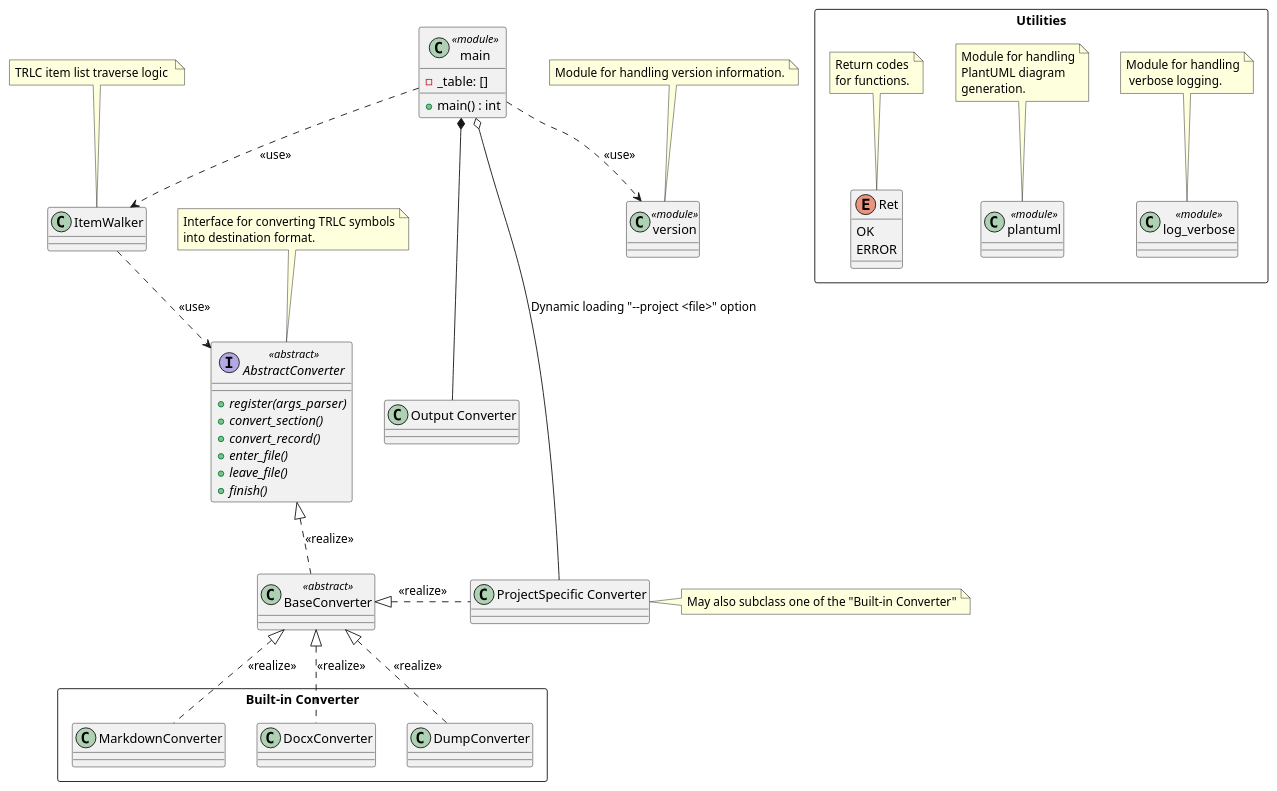
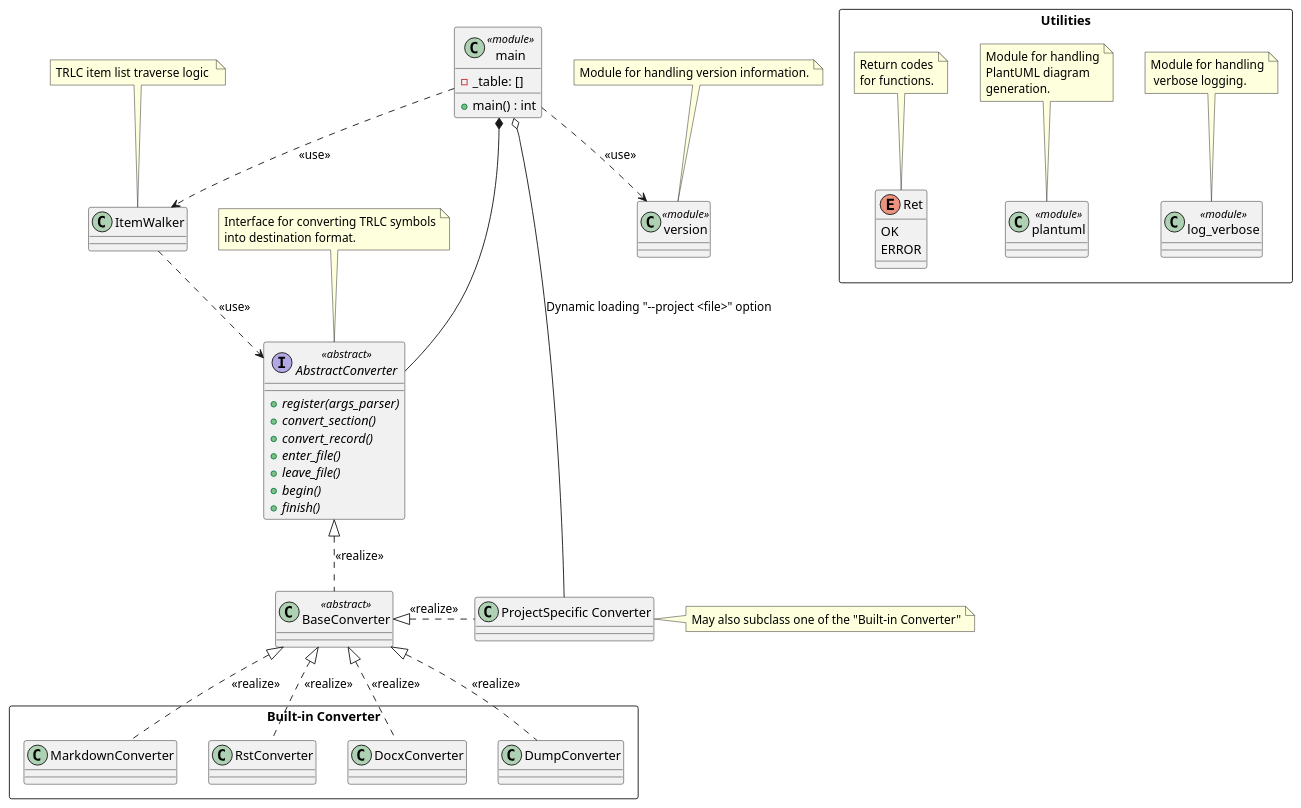
One commit to nhjschulz/pyTRLCConverter changed the diagram in doc/architecture/class_diagram.puml. Above: the diagram before and after it, drawn with PlantUML. The commit also changed 3 other files, not shown here.

```diff
--- a/doc/architecture/class_diagram.puml
+++ b/doc/architecture/class_diagram.puml
@@ -1,102 +1,107 @@
 @startuml class_diagram
 
 interface AbstractConverter <<abstract>>{
     + {abstract} register(args_parser)
     + {abstract} convert_section()
     + {abstract} convert_record()
     + {abstract} enter_file()
     + {abstract} leave_file()
+    + {abstract} begin()
     + {abstract} finish()
 
 }
 
 note top of AbstractConverter
     Interface for converting TRLC symbols
     into destination format.
 end note
 
 class BaseConverter <<abstract>> {
 }
 
 rectangle "Built-in Converter" {
 
     class MarkdownConverter {
     }
 
+    class RstConverter {
+
+    }
     class DocxConverter {
     }
     class DumpConverter {
     }
 }
 
 AbstractConverter <|.. BaseConverter: <<realize>>
 BaseConverter <|.. MarkdownConverter: <<realize>>
 BaseConverter <|.. DocxConverter: <<realize>>
 BaseConverter <|.. DumpConverter: <<realize>>
+BaseConverter <|.. RstConverter: <<realize>>
 
 class version <<module>> {
 }
 
 note top of version
     Module for handling version information.
 end note
 
 rectangle Utilities {
 
     class log_verbose <<module>> {
     }
 
     note top of log_verbose
         Module for handling
          verbose logging.
     end note
 
     class plantuml <<module>> {
     }
 
     note top of plantuml
         Module for handling
         PlantUML diagram
         generation.
     end note
 
     enum Ret {
         OK
         ERROR
     }
 
     note top of Ret
         Return codes
         for functions.
     end note
 }
 
 
 class main <<module>> {
     - _table: []
     + main() : int
 }
 
 class ItemWalker
 note top of ItemWalker
     TRLC item list traverse logic 
 end note
 
 
 main ..> ItemWalker: <<use>>
 ItemWalker ..> AbstractConverter: <<use>>
-main *--- "Output Converter"
+main *--- AbstractConverter
 main ..> version: <<use>>
 
 
 class "ProjectSpecific Converter" {
 }
 
 note right of "ProjectSpecific Converter"
 May also subclass one of the "Built-in Converter"
 end note
 
 BaseConverter <|.r. "ProjectSpecific Converter": <<realize>>
 main o- "ProjectSpecific Converter" : Dynamic loading "--project <file>" option
 
 @enduml
```
